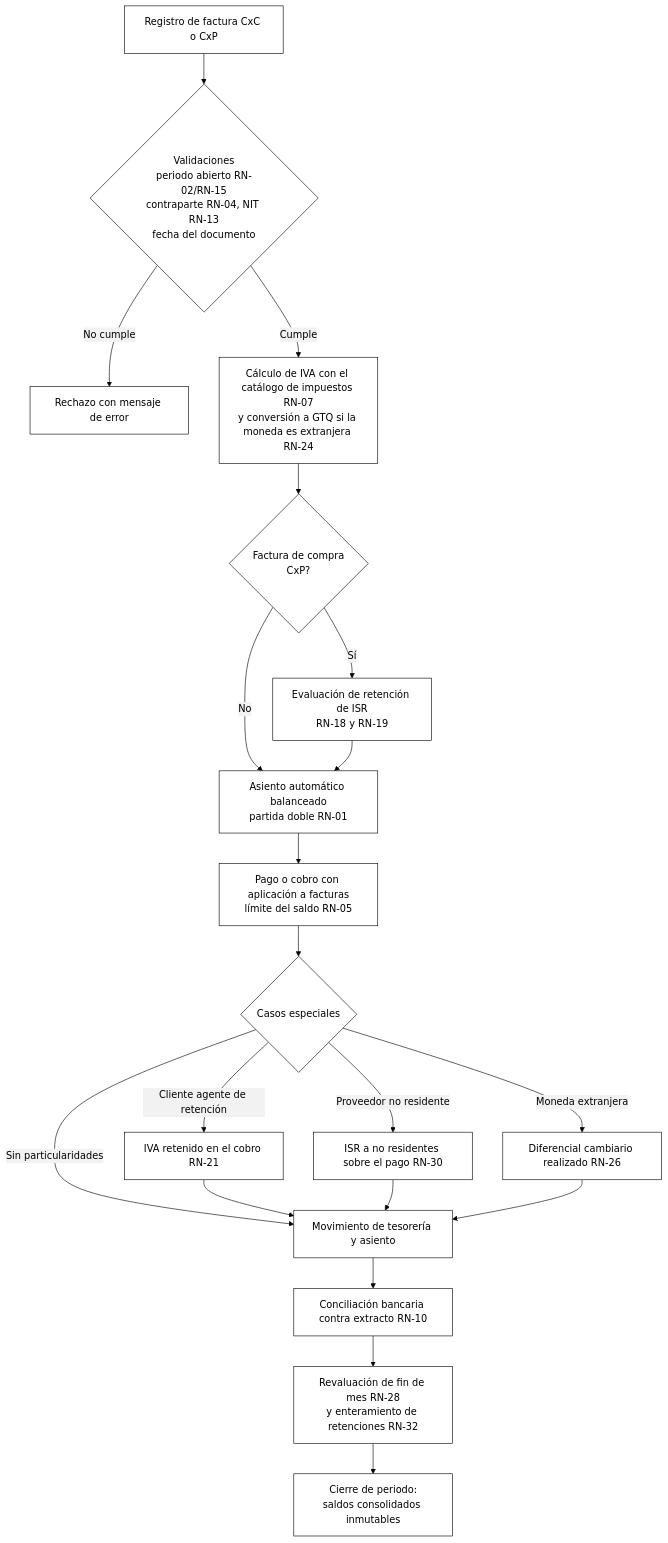
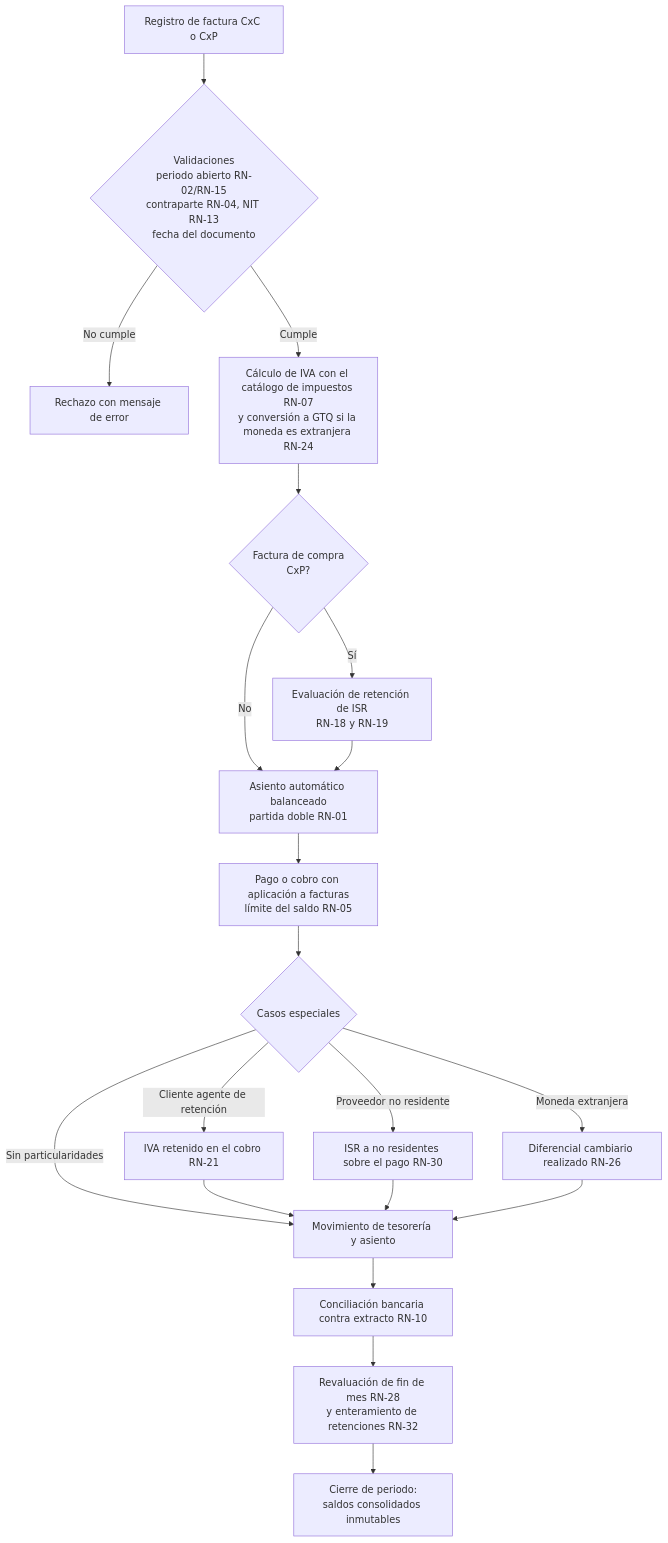
One commit to DavidsitoPay/erp-contable-delta changed the fourth of 40 diagrams in docs/entregable-12-borrador-integrado.md. Above: the diagram before and after it, drawn with Mermaid. The commit also changed other lines of this file, not shown here.

````diff
--- a/docs/entregable-12-borrador-integrado.md
+++ b/docs/entregable-12-borrador-integrado.md
@@ -497,23 +678,22 @@
 ```mermaid
-%%{init: {"theme": "base", "themeVariables": {"primaryColor": "#ffffff", "primaryTextColor": "#000000", "primaryBorderColor": "#000000", "lineColor": "#000000", "secondaryColor": "#f2f2f2", "tertiaryColor": "#ffffff", "background": "#ffffff", "fontFamily": "Arial, sans-serif"}}}%%
 flowchart TD
     A[Registro de factura CxC o CxP] --> B{Validaciones<br/>periodo abierto RN-02/RN-15<br/>contraparte RN-04, NIT RN-13<br/>fecha del documento}
     B -->|No cumple| X[Rechazo con mensaje de error]
     B -->|Cumple| C[Cálculo de IVA con el catálogo de impuestos RN-07<br/>y conversión a GTQ si la moneda es extranjera RN-24]
     C --> D{Factura de compra<br/>CxP?}
     D -->|Sí| E[Evaluación de retención de ISR<br/>RN-18 y RN-19]
     D -->|No| F
     E --> F[Asiento automático balanceado<br/>partida doble RN-01]
     F --> G[Pago o cobro con aplicación a facturas<br/>límite del saldo RN-05]
     G --> H{Casos especiales}
     H -->|Cliente agente de retención| I[IVA retenido en el cobro RN-21]
     H -->|Proveedor no residente| J[ISR a no residentes sobre el pago RN-30]
     H -->|Moneda extranjera| K[Diferencial cambiario realizado RN-26]
     H -->|Sin particularidades| L
     I --> L[Movimiento de tesorería y asiento]
     J --> L
     K --> L
     L --> M[Conciliación bancaria contra extracto RN-10]
     M --> N[Revaluación de fin de mes RN-28<br/>y enteramiento de retenciones RN-32]
     N --> O[Cierre de periodo:<br/>saldos consolidados inmutables]
 ```
````
